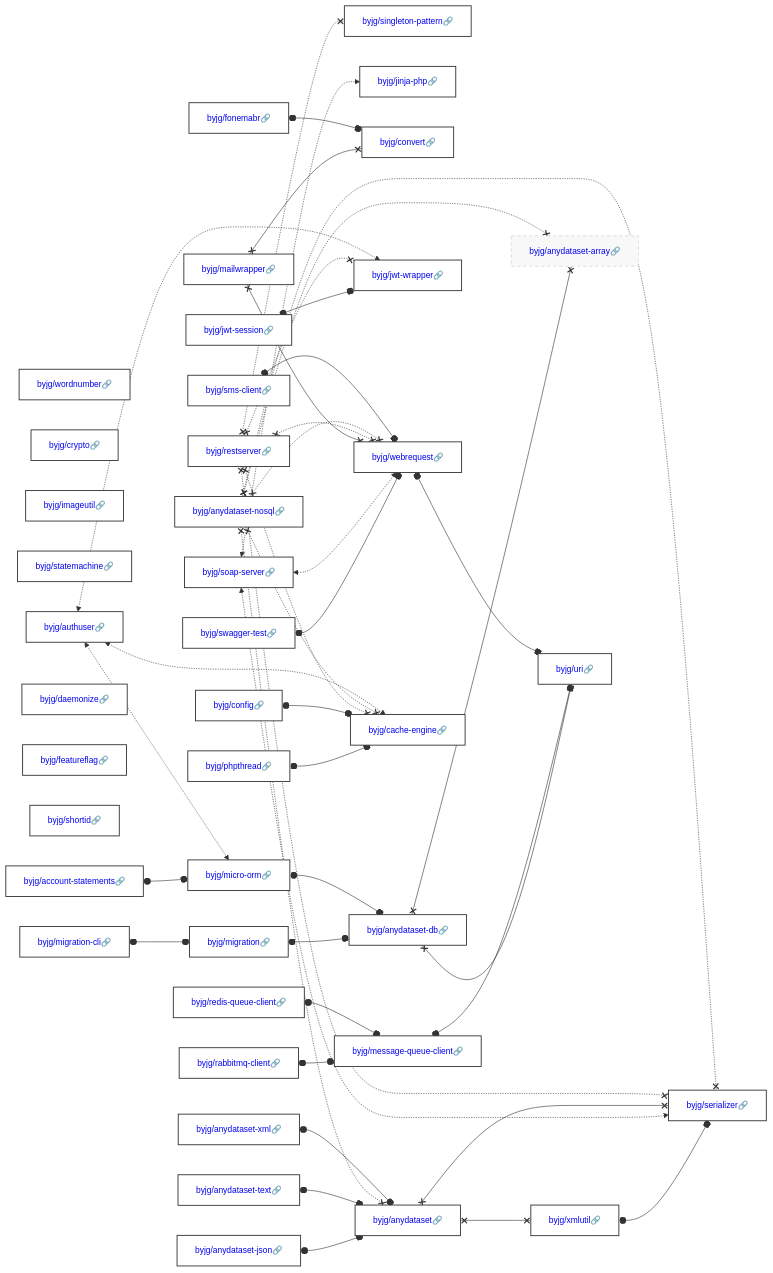
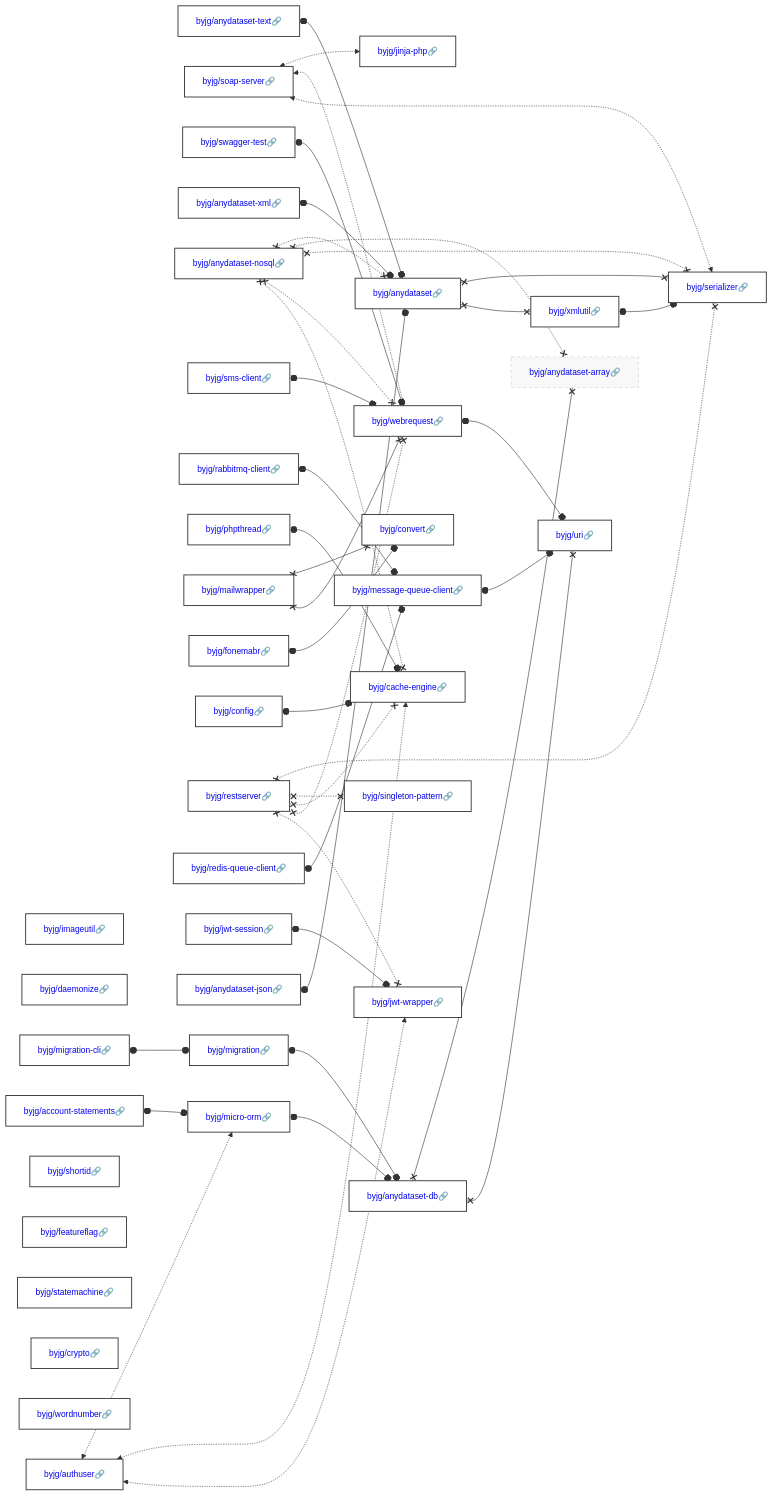
The diagram in docs/php/README.md (byjg/byjg.github.io), drawn with Mermaid before and after one commit. The commit also changed other lines of this file and 1 other file, not shown here.

Commit message:
Update documentation 'php' 'php-convert'

````diff
--- a/docs/php/README.md
+++ b/docs/php/README.md
@@ -3,45 +3,45 @@
 ```mermaid
 graph LR;
+  byjg/imageutil[<a href='https://opensource.byjg.com/docs/php/imageutil' style='text-decoration:none'>byjg/imageutil🔗</a>];
+  byjg/daemonize[<a href='https://opensource.byjg.com/docs/php/daemonize' style='text-decoration:none'>byjg/daemonize🔗</a>];
+  byjg/anydataset-text[<a href='https://opensource.byjg.com/docs/php/anydataset-text' style='text-decoration:none'>byjg/anydataset-text🔗</a>];
+  byjg/soap-server[<a href='https://opensource.byjg.com/docs/php/soap-server' style='text-decoration:none'>byjg/soap-server🔗</a>];
+  byjg/swagger-test[<a href='https://opensource.byjg.com/docs/php/swagger-test' style='text-decoration:none'>byjg/swagger-test🔗</a>];
+  byjg/account-statements[<a href='https://opensource.byjg.com/docs/php/account-statements' style='text-decoration:none'>byjg/account-statements🔗</a>];
+  byjg/anydataset-xml[<a href='https://opensource.byjg.com/docs/php/anydataset-xml' style='text-decoration:none'>byjg/anydataset-xml🔗</a>];
+  byjg/migration-cli[<a href='https://opensource.byjg.com/docs/php/migration-cli' style='text-decoration:none'>byjg/migration-cli🔗</a>];
+  byjg/anydataset-nosql[<a href='https://opensource.byjg.com/docs/php/anydataset-nosql' style='text-decoration:none'>byjg/anydataset-nosql🔗</a>];
+  byjg/shortid[<a href='https://opensource.byjg.com/docs/php/shortid' style='text-decoration:none'>byjg/shortid🔗</a>];
+  byjg/sms-client[<a href='https://opensource.byjg.com/docs/php/sms-client' style='text-decoration:none'>byjg/sms-client🔗</a>];
+  byjg/rabbitmq-client[<a href='https://opensource.byjg.com/docs/php/rabbitmq-client' style='text-decoration:none'>byjg/rabbitmq-client🔗</a>];
+  byjg/phpthread[<a href='https://opensource.byjg.com/docs/php/phpthread' style='text-decoration:none'>byjg/phpthread🔗</a>];
+  byjg/mailwrapper[<a href='https://opensource.byjg.com/docs/php/mailwrapper' style='text-decoration:none'>byjg/mailwrapper🔗</a>];
+  byjg/featureflag[<a href='https://opensource.byjg.com/docs/php/featureflag' style='text-decoration:none'>byjg/featureflag🔗</a>];
+  byjg/fonemabr[<a href='https://opensource.byjg.com/docs/php/fonemabr' style='text-decoration:none'>byjg/fonemabr🔗</a>];
+  byjg/config[<a href='https://opensource.byjg.com/docs/php/config' style='text-decoration:none'>byjg/config🔗</a>];
+  byjg/restserver[<a href='https://opensource.byjg.com/docs/php/restserver' style='text-decoration:none'>byjg/restserver🔗</a>];
+  byjg/statemachine[<a href='https://opensource.byjg.com/docs/php/statemachine' style='text-decoration:none'>byjg/statemachine🔗</a>];
+  byjg/crypto[<a href='https://opensource.byjg.com/docs/php/crypto' style='text-decoration:none'>byjg/crypto🔗</a>];
+  byjg/redis-queue-client[<a href='https://opensource.byjg.com/docs/php/redis-queue-client' style='text-decoration:none'>byjg/redis-queue-client🔗</a>];
   byjg/wordnumber[<a href='https://opensource.byjg.com/docs/php/wordnumber' style='text-decoration:none'>byjg/wordnumber🔗</a>];
-  byjg/restserver[<a href='https://opensource.byjg.com/docs/php/restserver' style='text-decoration:none'>byjg/restserver🔗</a>];
-  byjg/anydataset-nosql[<a href='https://opensource.byjg.com/docs/php/anydataset-nosql' style='text-decoration:none'>byjg/anydataset-nosql🔗</a>];
-  byjg/anydataset-json[<a href='https://opensource.byjg.com/docs/php/anydataset-json' style='text-decoration:none'>byjg/anydataset-json🔗</a>];
-  byjg/crypto[<a href='https://opensource.byjg.com/docs/php/crypto' style='text-decoration:none'>byjg/crypto🔗</a>];
-  byjg/anydataset-text[<a href='https://opensource.byjg.com/docs/php/anydataset-text' style='text-decoration:none'>byjg/anydataset-text🔗</a>];
-  byjg/imageutil[<a href='https://opensource.byjg.com/docs/php/imageutil' style='text-decoration:none'>byjg/imageutil🔗</a>];
-  byjg/sms-client[<a href='https://opensource.byjg.com/docs/php/sms-client' style='text-decoration:none'>byjg/sms-client🔗</a>];
-  byjg/soap-server[<a href='https://opensource.byjg.com/docs/php/soap-server' style='text-decoration:none'>byjg/soap-server🔗</a>];
-  byjg/fonemabr[<a href='https://opensource.byjg.com/docs/php/fonemabr' style='text-decoration:none'>byjg/fonemabr🔗</a>];
-  byjg/statemachine[<a href='https://opensource.byjg.com/docs/php/statemachine' style='text-decoration:none'>byjg/statemachine🔗</a>];
-  byjg/account-statements[<a href='https://opensource.byjg.com/docs/php/account-statements' style='text-decoration:none'>byjg/account-statements🔗</a>];
-  byjg/mailwrapper[<a href='https://opensource.byjg.com/docs/php/mailwrapper' style='text-decoration:none'>byjg/mailwrapper🔗</a>];
-  byjg/phpthread[<a href='https://opensource.byjg.com/docs/php/phpthread' style='text-decoration:none'>byjg/phpthread🔗</a>];
-  byjg/daemonize[<a href='https://opensource.byjg.com/docs/php/daemonize' style='text-decoration:none'>byjg/daemonize🔗</a>];
-  byjg/featureflag[<a href='https://opensource.byjg.com/docs/php/featureflag' style='text-decoration:none'>byjg/featureflag🔗</a>];
-  byjg/swagger-test[<a href='https://opensource.byjg.com/docs/php/swagger-test' style='text-decoration:none'>byjg/swagger-test🔗</a>];
-  byjg/shortid[<a href='https://opensource.byjg.com/docs/php/shortid' style='text-decoration:none'>byjg/shortid🔗</a>];
-  byjg/migration-cli[<a href='https://opensource.byjg.com/docs/php/migration-cli' style='text-decoration:none'>byjg/migration-cli🔗</a>];
-  byjg/rabbitmq-client[<a href='https://opensource.byjg.com/docs/php/rabbitmq-client' style='text-decoration:none'>byjg/rabbitmq-client🔗</a>];
-  byjg/anydataset-xml[<a href='https://opensource.byjg.com/docs/php/anydataset-xml' style='text-decoration:none'>byjg/anydataset-xml🔗</a>];
   byjg/authuser[<a href='https://opensource.byjg.com/docs/php/authuser' style='text-decoration:none'>byjg/authuser🔗</a>];
   byjg/jwt-session[<a href='https://opensource.byjg.com/docs/php/jwt-session' style='text-decoration:none'>byjg/jwt-session🔗</a>];
-  byjg/redis-queue-client[<a href='https://opensource.byjg.com/docs/php/redis-queue-client' style='text-decoration:none'>byjg/redis-queue-client🔗</a>];
-  byjg/config[<a href='https://opensource.byjg.com/docs/php/config' style='text-decoration:none'>byjg/config🔗</a>];
+  byjg/anydataset-json[<a href='https://opensource.byjg.com/docs/php/anydataset-json' style='text-decoration:none'>byjg/anydataset-json🔗</a>];
+  byjg/jinja-php[<a href='https://opensource.byjg.com/docs/php/jinja-php' style='text-decoration:none'>byjg/jinja-php🔗</a>];
+  byjg/migration[<a href='https://opensource.byjg.com/docs/php/migration' style='text-decoration:none'>byjg/migration🔗</a>];
+  byjg/convert[<a href='https://opensource.byjg.com/docs/php/convert' style='text-decoration:none'>byjg/convert🔗</a>];
   byjg/singleton-pattern[<a href='https://opensource.byjg.com/docs/php/singleton-pattern' style='text-decoration:none'>byjg/singleton-pattern🔗</a>];
-  byjg/jinja-php[<a href='https://opensource.byjg.com/docs/php/jinja-php' style='text-decoration:none'>byjg/jinja-php🔗</a>];
-  byjg/convert[<a href='https://opensource.byjg.com/docs/php/convert' style='text-decoration:none'>byjg/convert🔗</a>];
   byjg/webrequest[<a href='https://opensource.byjg.com/docs/php/webrequest' style='text-decoration:none'>byjg/webrequest🔗</a>];
-  byjg/migration[<a href='https://opensource.byjg.com/docs/php/migration' style='text-decoration:none'>byjg/migration🔗</a>];
+  byjg/message-queue-client[<a href='https://opensource.byjg.com/docs/php/message-queue-client' style='text-decoration:none'>byjg/message-queue-client🔗</a>];
+  byjg/micro-orm[<a href='https://opensource.byjg.com/docs/php/micro-orm' style='text-decoration:none'>byjg/micro-orm🔗</a>];
+  byjg/cache-engine[<a href='https://opensource.byjg.com/docs/php/cache-engine' style='text-decoration:none'>byjg/cache-engine🔗</a>];
+  byjg/jwt-wrapper[<a href='https://opensource.byjg.com/docs/php/jwt-wrapper' style='text-decoration:none'>byjg/jwt-wrapper🔗</a>];
   byjg/anydataset[<a href='https://opensource.byjg.com/docs/php/anydataset' style='text-decoration:none'>byjg/anydataset🔗</a>];
-  byjg/micro-orm[<a href='https://opensource.byjg.com/docs/php/micro-orm' style='text-decoration:none'>byjg/micro-orm🔗</a>];
-  byjg/jwt-wrapper[<a href='https://opensource.byjg.com/docs/php/jwt-wrapper' style='text-decoration:none'>byjg/jwt-wrapper🔗</a>];
-  byjg/message-queue-client[<a href='https://opensource.byjg.com/docs/php/message-queue-client' style='text-decoration:none'>byjg/message-queue-client🔗</a>];
-  byjg/cache-engine[<a href='https://opensource.byjg.com/docs/php/cache-engine' style='text-decoration:none'>byjg/cache-engine🔗</a>];
+  byjg/anydataset-db[<a href='https://opensource.byjg.com/docs/php/anydataset-db' style='text-decoration:none'>byjg/anydataset-db🔗</a>];
   byjg/xmlutil[<a href='https://opensource.byjg.com/docs/php/xmlutil' style='text-decoration:none'>byjg/xmlutil🔗</a>];
-  byjg/anydataset-db[<a href='https://opensource.byjg.com/docs/php/anydataset-db' style='text-decoration:none'>byjg/anydataset-db🔗</a>];
-  byjg/serializer[<a href='https://opensource.byjg.com/docs/php/serializer' style='text-decoration:none'>byjg/serializer🔗</a>];
   byjg/anydataset-array[<a href='https://opensource.byjg.com/docs/php/anydataset-array' style='text-decoration:none'>byjg/anydataset-array🔗</a>];
   byjg/uri[<a href='https://opensource.byjg.com/docs/php/uri' style='text-decoration:none'>byjg/uri🔗</a>];
+  byjg/serializer[<a href='https://opensource.byjg.com/docs/php/serializer' style='text-decoration:none'>byjg/serializer🔗</a>];
   byjg/xmlutil o--o byjg/serializer;
   byjg/rabbitmq-client o--o byjg/message-queue-client;
   byjg/migration o--o byjg/anydataset-db;
````
